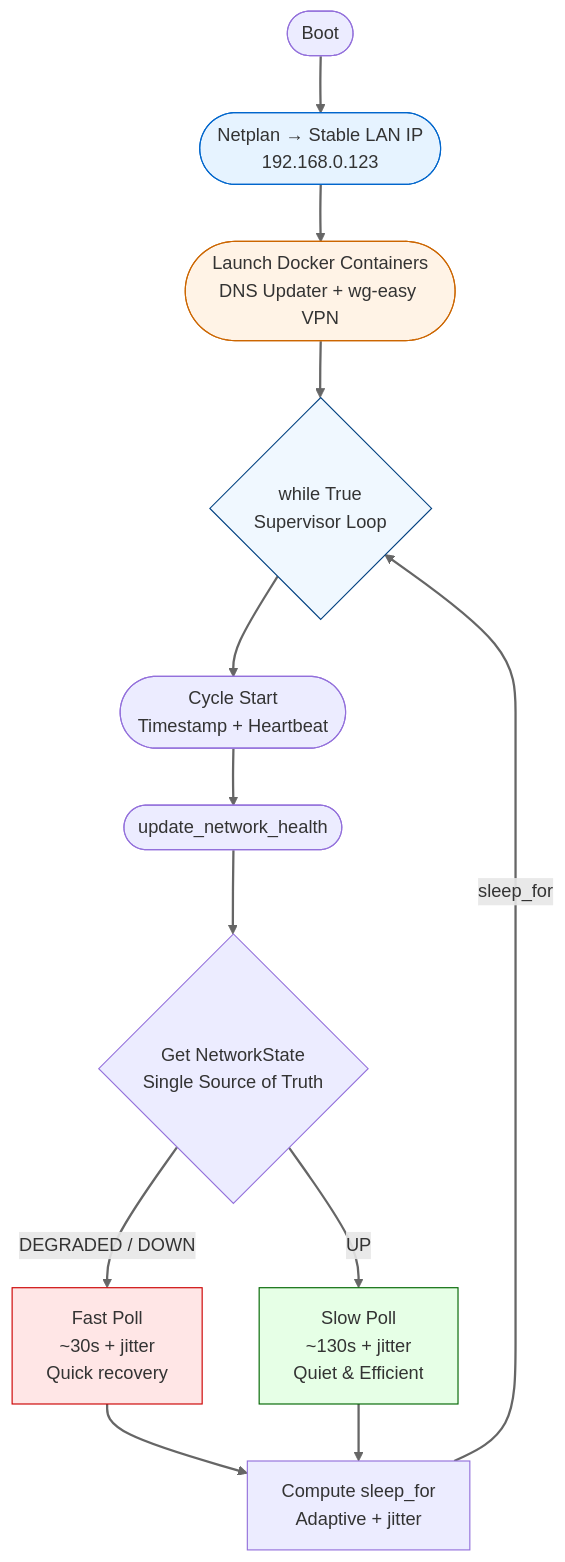
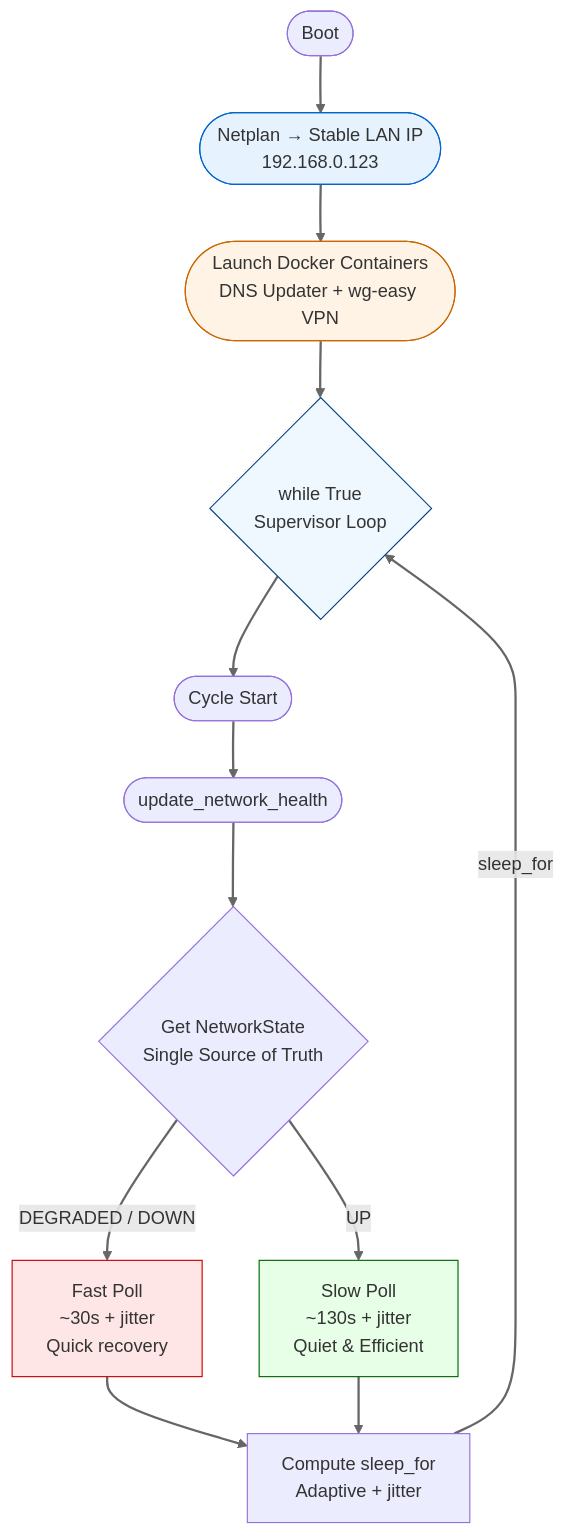
Before and after one commit to bkaewell/micro-services: diagram 17 of 18 in update_dns/docs/VPN-DNS-STACK.md, drawn with Mermaid. The commit also changed other lines of this file, not shown here.

Commit message:
Make markdown coherent: Architecture → Components → Router → Workflow → Why It Works

````diff
--- a/update_dns/docs/VPN-DNS-STACK.md
+++ b/update_dns/docs/VPN-DNS-STACK.md
@@ -600,33 +601,33 @@
 ```mermaid
 graph TD
     A([Boot]) --> B([Netplan → Stable LAN IP<br>192.168.0.123])
 
     B --> C([Launch Docker Containers<br>DNS Updater + wg-easy VPN])
 
     C --> Loop{while True<br>Supervisor Loop}
 
-    Loop --> Cycle([Cycle Start<br>Timestamp + Heartbeat])
+    Loop --> Cycle([Cycle Start])
 
     Cycle --> Update([update_network_health])
 
     Update --> State{Get NetworkState<br>Single Source of Truth}
 
     State -->|DEGRADED / DOWN| Fast[Fast Poll<br>~30s + jitter<br>Quick recovery]
 
     State -->|UP| Slow[Slow Poll<br>~130s + jitter<br>Quiet & Efficient]
 
     Fast --> Sleep[Compute sleep_for<br>Adaptive + jitter]
 
     Slow --> Sleep
 
     Sleep -->|sleep_for| Loop
 
     %% Visual highlights
     style Fast fill:#ffe6e6,stroke:#cc0000
     style Slow fill:#e6ffe6,stroke:#006600
     style Loop fill:#f0f8ff,stroke:#004080,rx:12,ry:12
     style B fill:#e6f3ff,stroke:#0066cc,rx:10,ry:10
     style C fill:#fff3e6,stroke:#cc6600,rx:10,ry:10
 
     linkStyle default stroke:#666,stroke-width:2px
 ```
````
